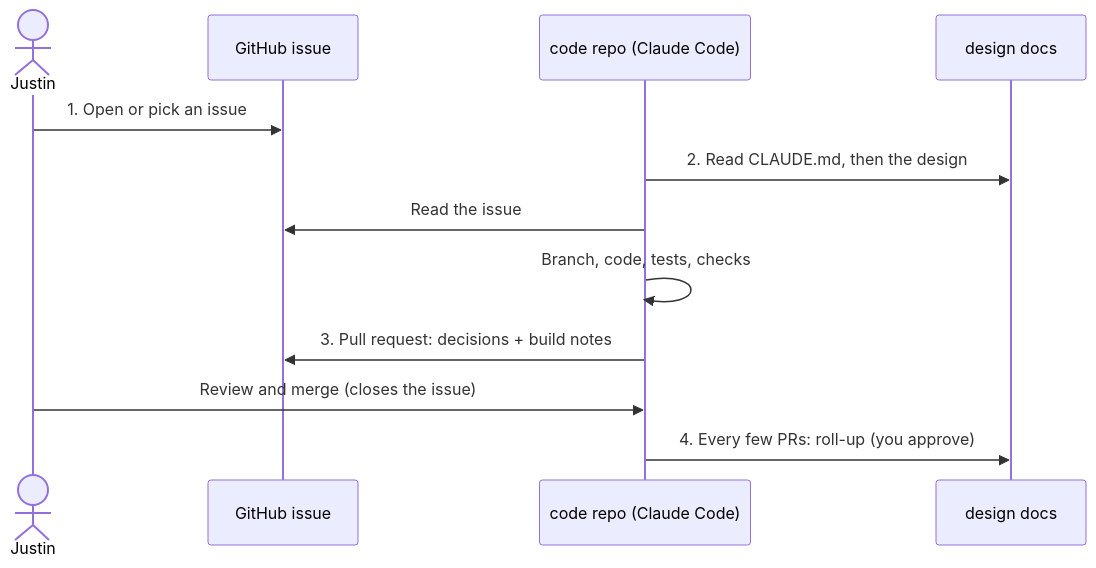
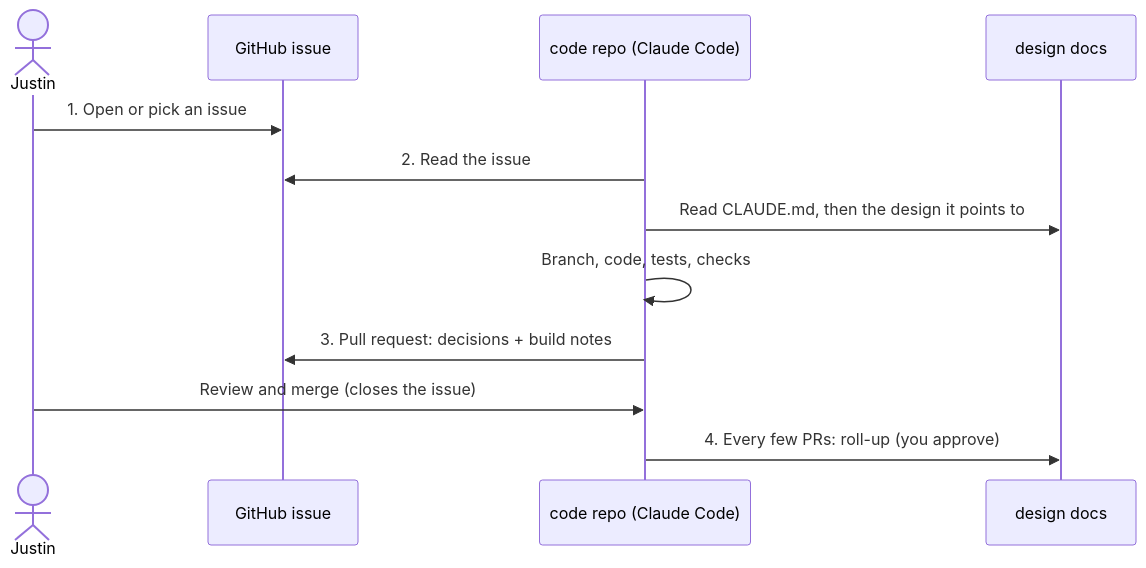
Before and after one commit to justinyurasits/design: the second of 2 diagrams in README.md, drawn with Mermaid. The commit also changed other lines of this file, not shown here.

First line of the commit message:
README editorial pass: issue read first, plan vs issue, typical frequencies, one place for adding things

````diff
--- a/README.md
+++ b/README.md
@@ -91,15 +94,15 @@
 ```mermaid
 sequenceDiagram
     actor J as Justin
     participant GH as GitHub issue
     participant CR as code repo (Claude Code)
     participant D as design docs
 
     J->>GH: 1. Open or pick an issue
-    CR->>D: 2. Read CLAUDE.md, then the design
-    CR->>GH: Read the issue
+    CR->>GH: 2. Read the issue
+    CR->>D: Read CLAUDE.md, then the design it points to
     CR->>CR: Branch, code, tests, checks
     CR->>GH: 3. Pull request: decisions + build notes
     J->>CR: Review and merge (closes the issue)
     CR->>D: 4. Every few PRs: roll-up (you approve)
 ```
````
